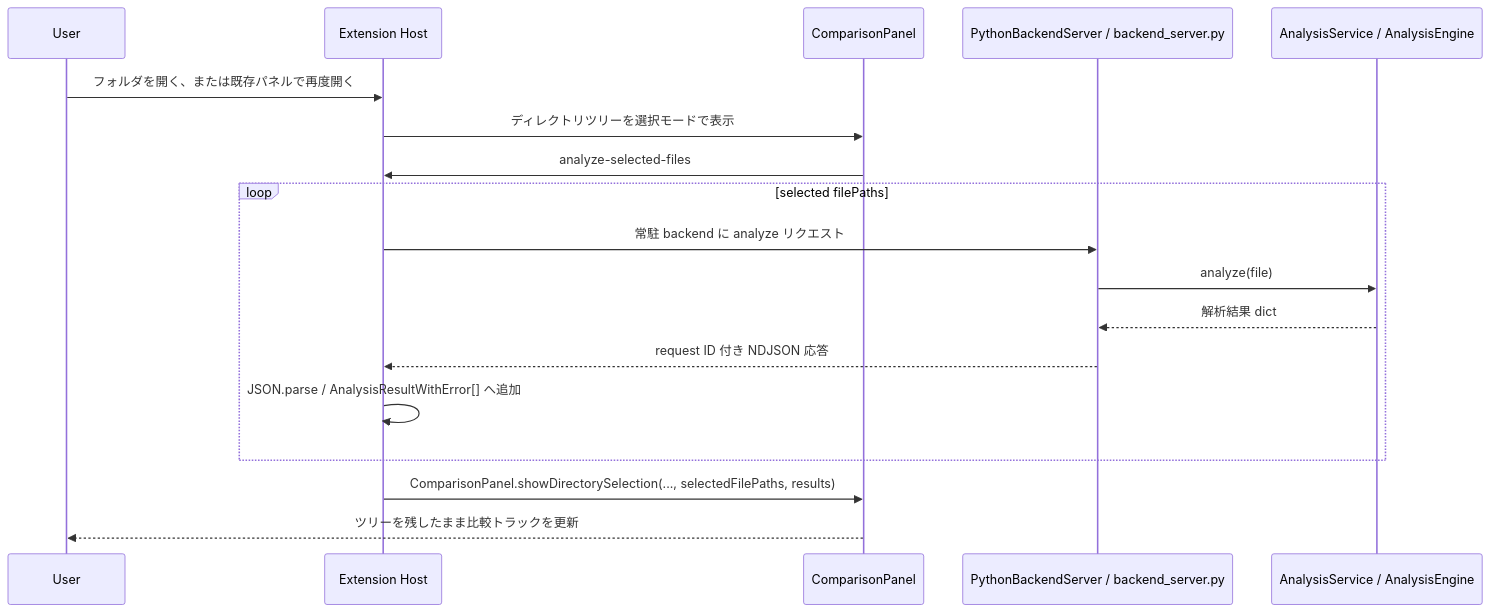
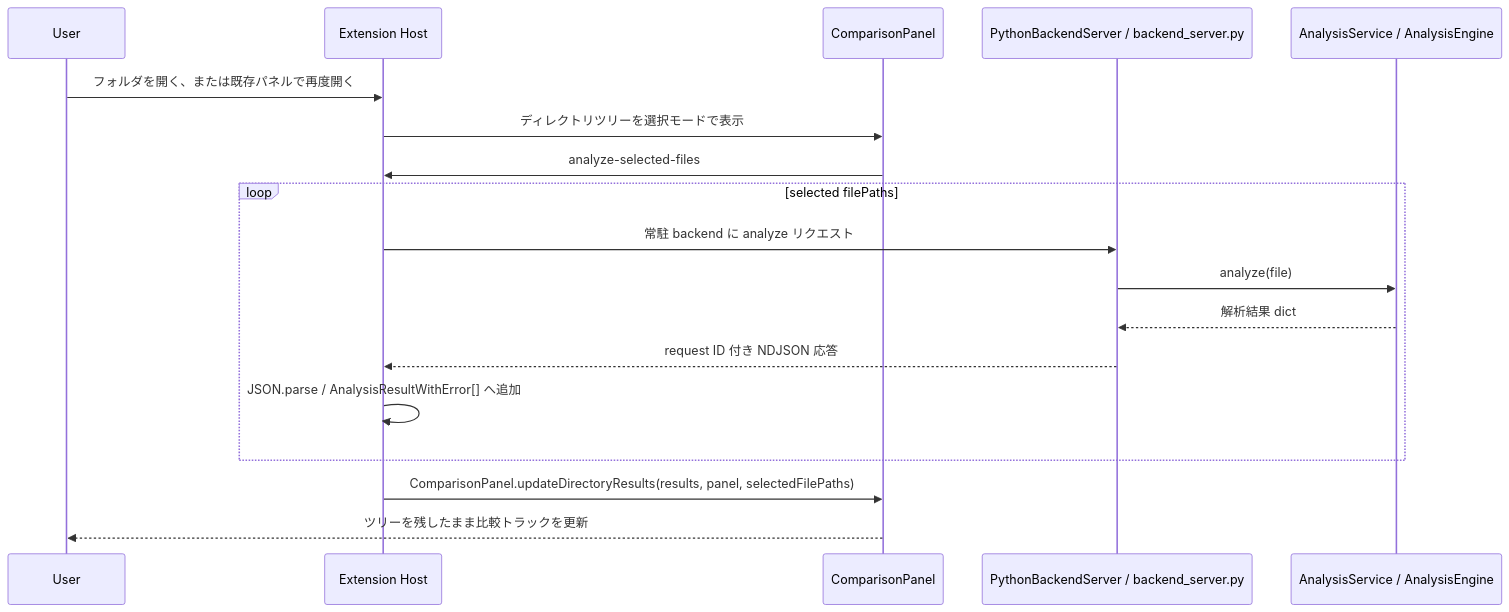
The fourth of 4 diagrams in docs/architecture.md (kasahart/audio-wandas-analyzer), drawn with Mermaid before and after one commit. The commit also changed other lines of this file and 57 other files, not shown here.

````diff
--- a/docs/architecture.md
+++ b/docs/architecture.md
@@ -359,21 +359,21 @@
 ```mermaid
 sequenceDiagram
     participant U as User
     participant E as Extension Host
     participant C as ComparisonPanel
     participant P as PythonBackendServer / backend_server.py
     participant A as AnalysisService / AnalysisEngine
 
     U->>E: フォルダを開く、または既存パネルで再度開く
     E->>C: ディレクトリツリーを選択モードで表示
     C->>E: analyze-selected-files
     loop selected filePaths
         E->>P: 常駐 backend に analyze リクエスト
         P->>A: analyze(file)
         A-->>P: 解析結果 dict
         P-->>E: request ID 付き NDJSON 応答
         E->>E: JSON.parse / AnalysisResultWithError[] へ追加
     end
-    E->>C: ComparisonPanel.showDirectorySelection(..., selectedFilePaths, results)
+    E->>C: ComparisonPanel.updateDirectoryResults(results, panel, selectedFilePaths)
     C-->>U: ツリーを残したまま比較トラックを更新
 ```
````
